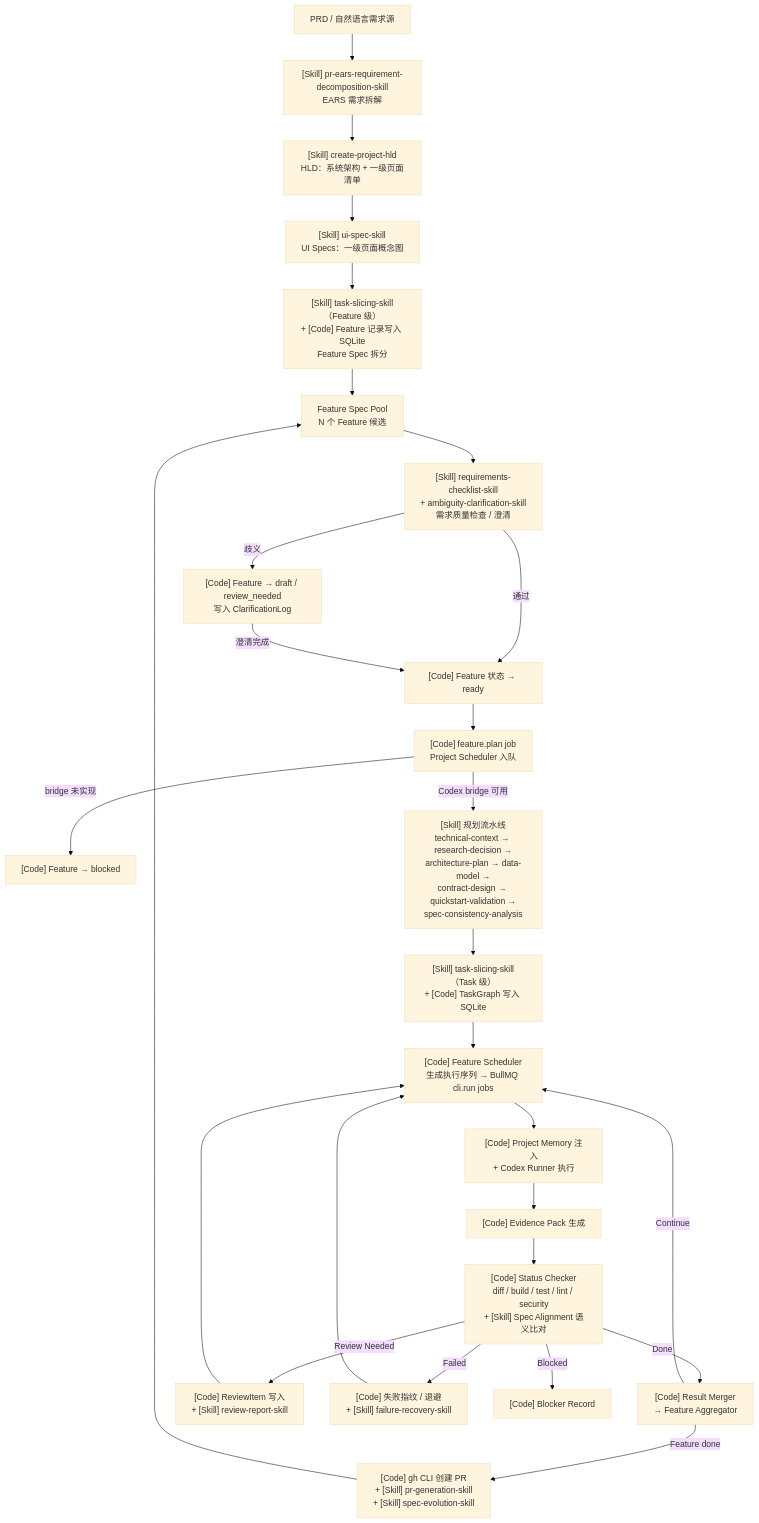
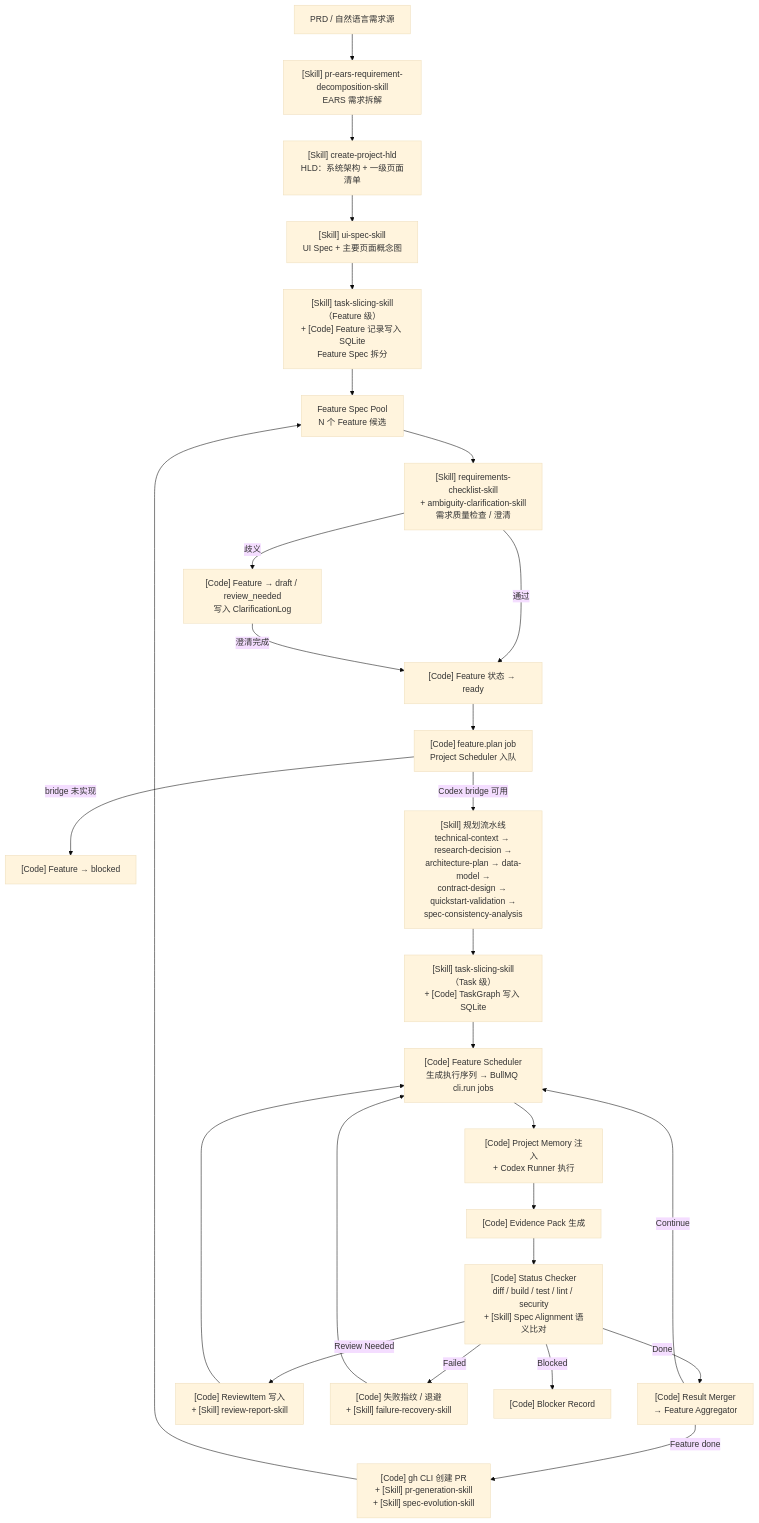
The fifth of 6 diagrams in docs/zh-CN/hld.md (songcojp/Spec-Driven-Autonomous-Coding-System), drawn with Mermaid (base theme) before and after one commit. The commit also changed other lines of this file, not shown here.

Commit message:
docs: update HLD in zh-CN

````diff
--- a/docs/zh-CN/hld.md
+++ b/docs/zh-CN/hld.md
@@ -563,29 +563,29 @@
 ```mermaid
 flowchart TD
   PRD[PRD / 自然语言需求源] --> EARS["[Skill] pr-ears-requirement-decomposition-skill\nEARS 需求拆解"]
   EARS --> HLD["[Skill] create-project-hld\nHLD：系统架构 + 一级页面清单"]
-  HLD --> UISpec["[Skill] ui-spec-skill\nUI Specs：一级页面概念图"]
+  HLD --> UISpec["[Skill] ui-spec-skill\nUI Spec + 主要页面概念图"]
   UISpec --> Split["[Skill] task-slicing-skill（Feature 级）\n+ [Code] Feature 记录写入 SQLite\nFeature Spec 拆分"]
   Split --> Pool[Feature Spec Pool\nN 个 Feature 候选]
   Pool --> Checklist["[Skill] requirements-checklist-skill\n+ ambiguity-clarification-skill\n需求质量检查 / 澄清"]
   Checklist -->|通过| Ready["[Code] Feature 状态 → ready"]
   Checklist -->|歧义| Draft["[Code] Feature → draft / review_needed\n写入 ClarificationLog"]
   Draft -->|澄清完成| Ready
   Ready --> PlanJob["[Code] feature.plan job\nProject Scheduler 入队"]
   PlanJob -->|bridge 未实现| BlockedPlan["[Code] Feature → blocked"]
   PlanJob -->|Codex bridge 可用| Pipeline["[Skill] 规划流水线\ntechnical-context → research-decision →\narchitecture-plan → data-model →\ncontract-design → quickstart-validation →\nspec-consistency-analysis"]
   Pipeline --> TaskSlice["[Skill] task-slicing-skill（Task 级）\n+ [Code] TaskGraph 写入 SQLite"]
   TaskSlice --> Seq["[Code] Feature Scheduler\n生成执行序列 → BullMQ cli.run jobs"]
   Seq --> MemInject["[Code] Project Memory 注入\n+ Codex Runner 执行"]
   MemInject --> Evidence["[Code] Evidence Pack 生成"]
   Evidence --> StatusCheck["[Code] Status Checker\ndiff / build / test / lint / security\n+ [Skill] Spec Alignment 语义比对"]
   StatusCheck -->|Done| Merge["[Code] Result Merger\n→ Feature Aggregator"]
   StatusCheck -->|Review Needed| ReviewC["[Code] ReviewItem 写入\n+ [Skill] review-report-skill"]
   StatusCheck -->|Failed| Recover["[Code] 失败指纹 / 退避\n+ [Skill] failure-recovery-skill"]
   StatusCheck -->|Blocked| BlockedTask["[Code] Blocker Record"]
   ReviewC --> Seq
   Recover --> Seq
   Merge -->|Feature done| Delivery["[Code] gh CLI 创建 PR\n+ [Skill] pr-generation-skill\n+ [Skill] spec-evolution-skill"]
   Merge -->|Continue| Seq
   Delivery --> Pool
 ```
````
